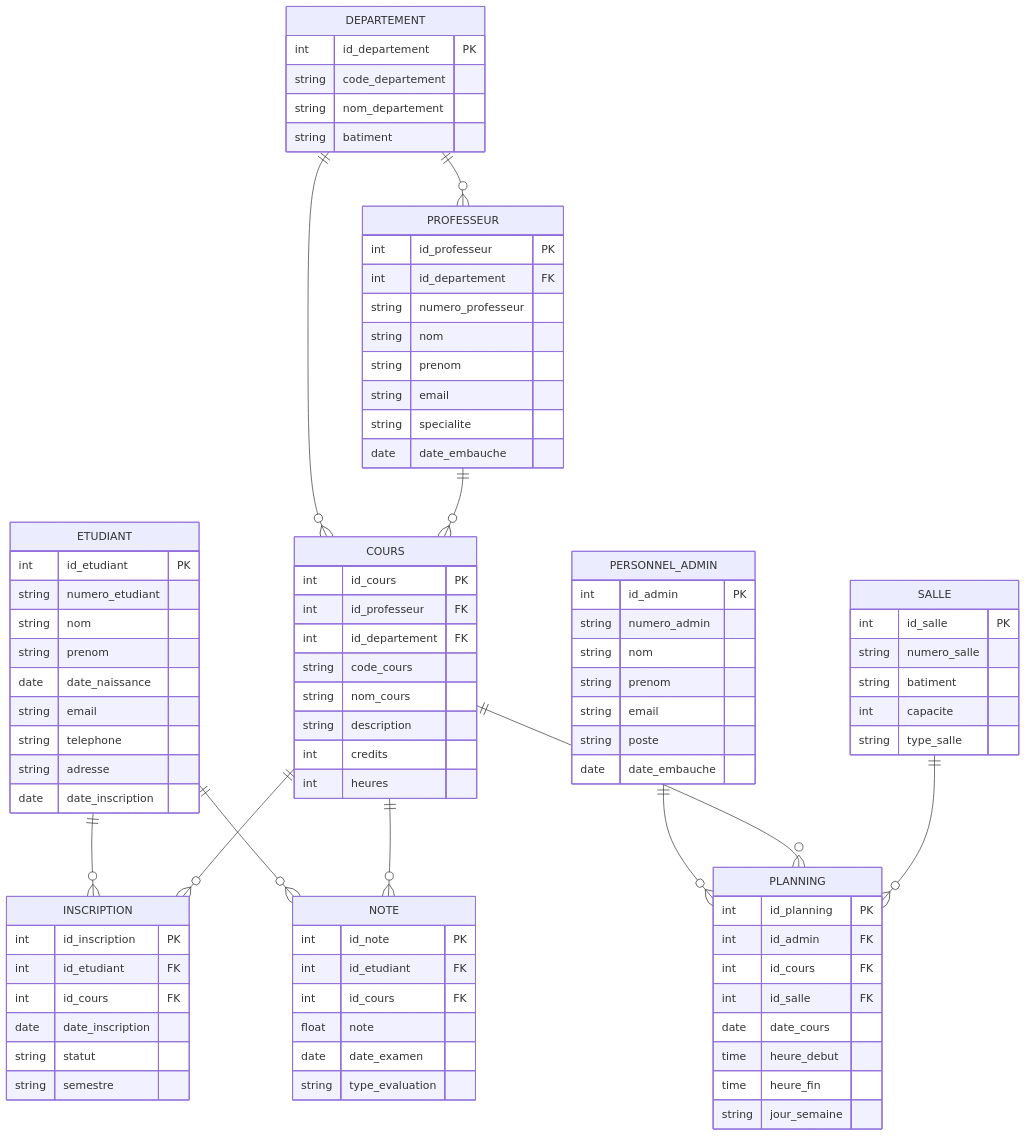
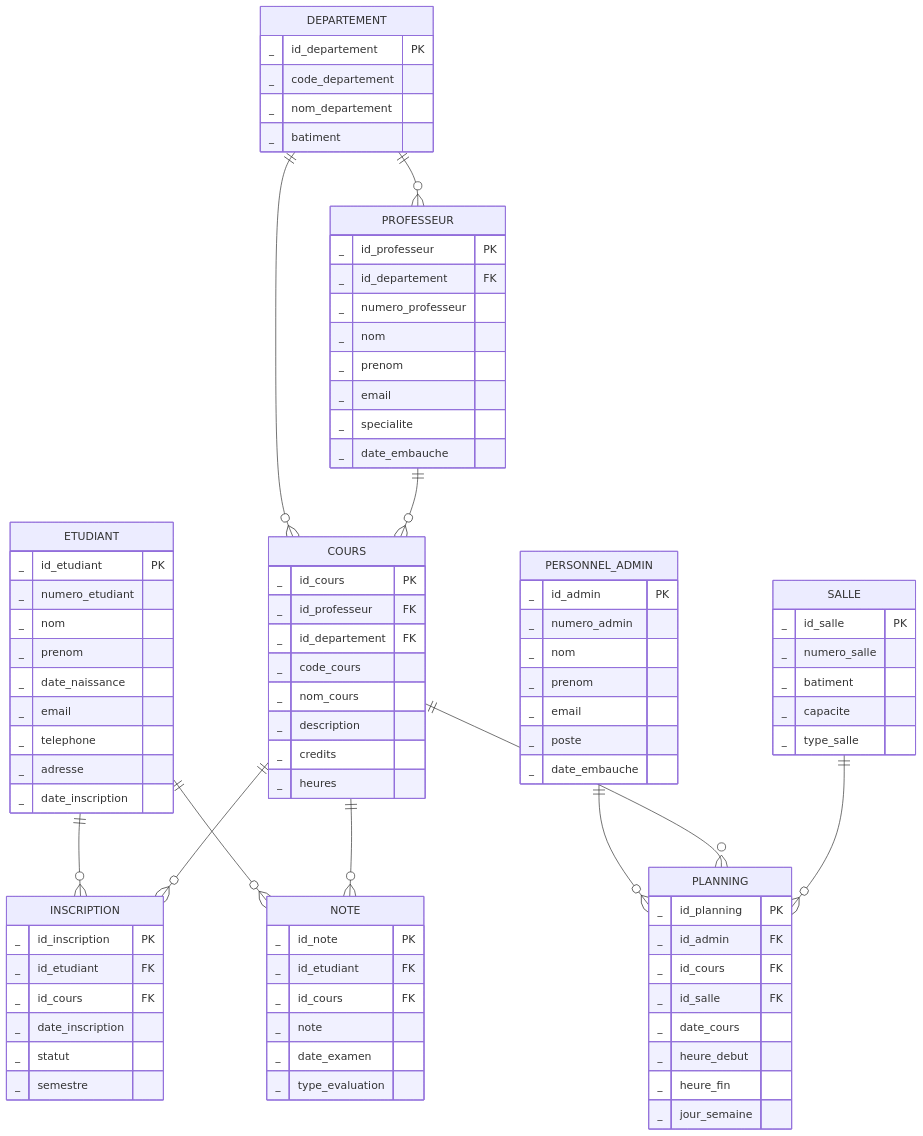
Before and after one commit to seyli01/DEV: the diagram in MLD.mmd, drawn with Mermaid.

Commit message:
Refactor entity attributes to use underscores

```diff
--- a/MLD.mmd
+++ b/MLD.mmd
@@ -1,90 +1,91 @@
 erDiagram
     DEPARTEMENT ||--o{ PROFESSEUR : ""
     DEPARTEMENT ||--o{ COURS : ""
     PROFESSEUR ||--o{ COURS : ""
     ETUDIANT ||--o{ INSCRIPTION : ""
     COURS ||--o{ INSCRIPTION : ""
     ETUDIANT ||--o{ NOTE : ""
     COURS ||--o{ NOTE : ""
     PERSONNEL_ADMIN ||--o{ PLANNING : ""
     COURS ||--o{ PLANNING : ""
     SALLE ||--o{ PLANNING : ""
+    
     ETUDIANT {
-        int id_etudiant PK
-        string numero_etudiant
-        string nom
-        string prenom
-        date date_naissance
-        string email
-        string telephone
-        string adresse
-        date date_inscription
+        _ id_etudiant PK
+        _ numero_etudiant
+        _ nom
+        _ prenom
+        _ date_naissance
+        _ email
+        _ telephone
+        _ adresse
+        _ date_inscription
     }
     PROFESSEUR {
-        int id_professeur PK
-        int id_departement FK
-        string numero_professeur
-        string nom
-        string prenom
-        string email
-        string specialite
-        date date_embauche
+        _ id_professeur PK
+        _ id_departement FK
+        _ numero_professeur
+        _ nom
+        _ prenom
+        _ email
+        _ specialite
+        _ date_embauche
     }
     COURS {
-        int id_cours PK
-        int id_professeur FK
-        int id_departement FK
-        string code_cours
-        string nom_cours
-        string description
-        int credits
-        int heures
+        _ id_cours PK
+        _ id_professeur FK
+        _ id_departement FK
+        _ code_cours
+        _ nom_cours
+        _ description
+        _ credits
+        _ heures
     }
     DEPARTEMENT {
-        int id_departement PK
-        string code_departement
-        string nom_departement
-        string batiment
+        _ id_departement PK
+        _ code_departement
+        _ nom_departement
+        _ batiment
     }
     PERSONNEL_ADMIN {
-        int id_admin PK
-        string numero_admin
-        string nom
-        string prenom
-        string email
-        string poste
-        date date_embauche
+        _ id_admin PK
+        _ numero_admin
+        _ nom
+        _ prenom
+        _ email
+        _ poste
+        _ date_embauche
     }
     SALLE {
-        int id_salle PK
-        string numero_salle
-        string batiment
-        int capacite
-        string type_salle
+        _ id_salle PK
+        _ numero_salle
+        _ batiment
+        _ capacite
+        _ type_salle
     }
     INSCRIPTION {
-        int id_inscription PK
-        int id_etudiant FK
-        int id_cours FK
-        date date_inscription
-        string statut
-        string semestre
+        _ id_inscription PK
+        _ id_etudiant FK
+        _ id_cours FK
+        _ date_inscription
+        _ statut
+        _ semestre
     }
     NOTE {
-        int id_note PK
-        int id_etudiant FK
-        int id_cours FK
-        float note
-        date date_examen
-        string type_evaluation
+        _ id_note PK
+        _ id_etudiant FK
+        _ id_cours FK
+        _ note
+        _ date_examen
+        _ type_evaluation
     }
     PLANNING {
-        int id_planning PK
-        int id_admin FK
-        int id_cours FK
-        int id_salle FK
-        date date_cours
-        time heure_debut
-        time heure_fin
-        string jour_semaine
+        _ id_planning PK
+        _ id_admin FK
+        _ id_cours FK
+        _ id_salle FK
+        _ date_cours
+        _ heure_debut
+        _ heure_fin
+        _ jour_semaine
     }
```
